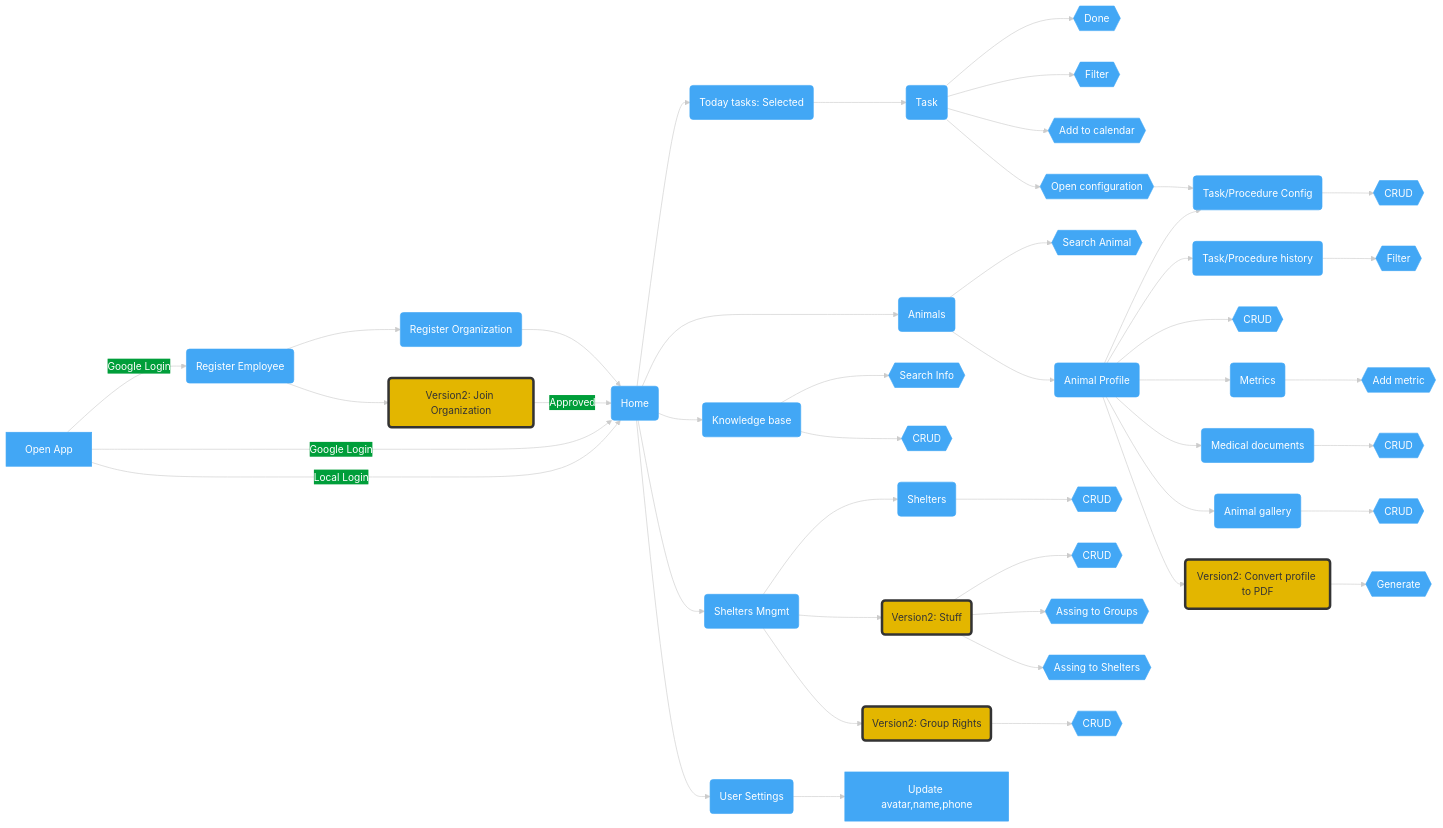
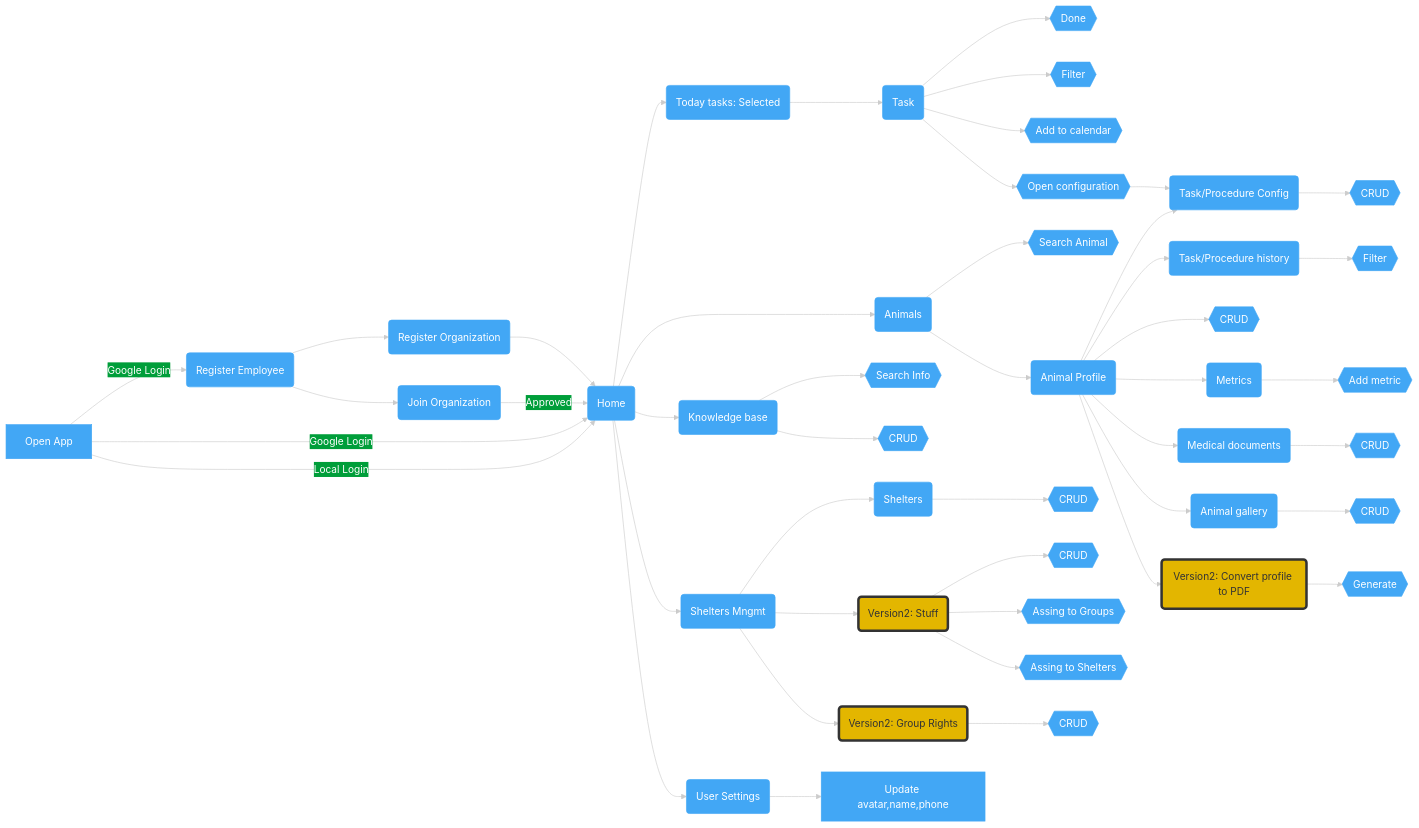
Before and after one commit to UkraineAnimalHelp/Shelters-Management-App: the diagram in docs/UIFlow.md, drawn with Mermaid. The commit also changed 1 other file, not shown here.

Commit message:
Small fixes

````diff
--- a/docs/UIFlow.md
+++ b/docs/UIFlow.md
@@ -9,53 +9,52 @@
 ```mermaid
 %%{init: {
     "theme": "base",
     "themeVariables": {
         "primaryColor": "#42a7f5",
         "primaryTextColor": "#fff",
         "primaryBorderColor": "#42a7f5",
         "lineColor": "#cccccc",
         "secondaryColor": "#009e3a"
     }
 } }%%
 flowchart LR;
     style Stuff fill:#e3b600,stroke:#333,color:#333,stroke-width:4px
     style GroupRights fill:#e3b600,stroke:#333,color:#333,stroke-width:4px
-    style AssignToOrg fill:#e3b600,stroke:#333,color:#333,stroke-width:4px
     style MakePDF fill:#e3b600,stroke:#333,color:#333,stroke-width:4px
 
     A[Open App] -->|Google Login| Register(Register Employee)-->RegisterOrg(Register Organization)--> Home(Home)
-    Register(Register Employee)-->AssignToOrg(Version2: Join Organization)-->|Approved| Home(Home)
+    Register(Register Employee)-->AssignToOrg(Join Organization)-->|Approved| Home(Home)
     A[Open App] -->|Google Login| Home(Home)
     A[Open App] -->|Local Login| Home(Home)
     Home --> Tasks(Today tasks: Selected)
     Home --> Animals(Animals)
     Home --> Knowledge(Knowledge base)
     Home --> SheltersMngmt(Shelters Mngmt)
     Home --> UserSettings(User Settings)-->UpdateUserSettings[Update avatar,name,phone]
 
     Tasks-->Task(Task)
     Task-->Done{{Done}}
     Task-->Filter{{Filter}}
     Task-->Notify{{Add to calendar}}
     Task-->OpenTaskConfig{{Open configuration}}
     OpenTaskConfig-->TaskConfig(Task/Procedure Config)-->CRUDTaskConfig{{CRUD}}
 
     Animals-->SerchAnimal{{Search Animal}}
     Animals-->AnimalProfile(Animal Profile)
     AnimalProfile-->TaskConfig
     AnimalProfile-->TaskHistory(Task/Procedure history)-->FilterHistory{{Filter}}
     AnimalProfile-->CRUDAnimalProfile{{CRUD}}
     AnimalProfile-->Metrics(Metrics)-->AddMetric{{Add metric}}
     AnimalProfile-->MedicalDocs(Medical documents)-->CRUDAddMedicalDoc{{CRUD}}
     AnimalProfile-->AnimalGallery(Animal gallery)-->CRUDAnimalGallery{{CRUD}}
     AnimalProfile-->MakePDF(Version2: Convert profile to PDF)-->Generate{{Generate}}
 
     Knowledge-->SearchInfo{{Search Info}}
     Knowledge-->CRUDKnowledge{{CRUD}}
 
     SheltersMngmt-->Shelters(Shelters)-->CRUDShelters{{CRUD}}
     SheltersMngmt-->Stuff(Version2: Stuff)-->CRUDStuff{{CRUD}}
     Stuff(Version2: Stuff)-->AssingGroups{{Assing to Groups}}
     Stuff(Version2: Stuff)-->AssingShelters{{Assing to Shelters}}
     SheltersMngmt-->GroupRights(Version2: Group Rights)-->CRUDGroupRights{{CRUD}}
 ```
````
